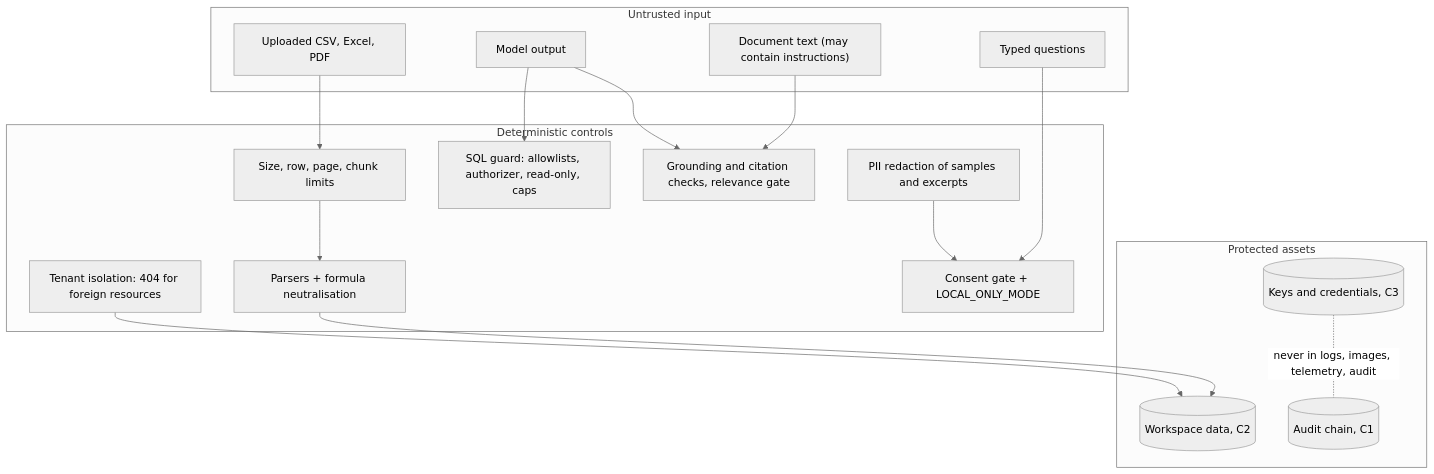
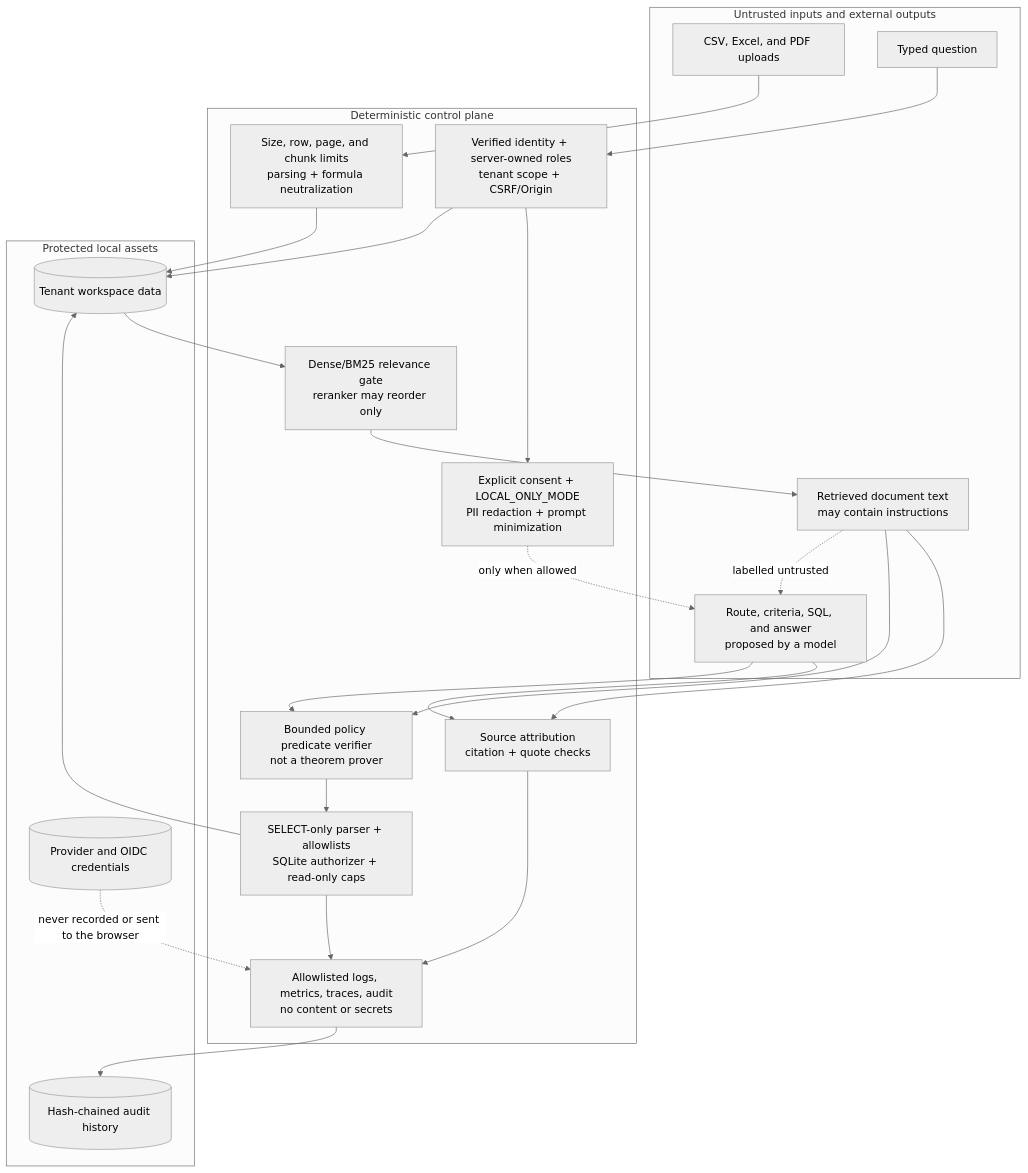
One commit to mehaksharma1996/conversational-multi-agent-bi changed the third of 3 diagrams in docs/architecture/system-overview.md. Above: the diagram before and after it, drawn with Mermaid (neutral theme). The commit also changed other lines of this file and 5 other files, not shown here.

Commit message:
docs: sharpen portfolio evidence and architecture

````diff
--- a/docs/architecture/system-overview.md
+++ b/docs/architecture/system-overview.md
@@ -95,31 +149,41 @@
 ```mermaid
 flowchart TB
-  subgraph untrusted[Untrusted input]
-    files["Uploaded CSV, Excel, PDF"]
-    q["Typed questions"]
-    docs["Document text (may contain instructions)"]
-    out["Model output"]
+  subgraph untrusted[Untrusted inputs and external outputs]
+    files["CSV, Excel, and PDF uploads"]
+    question["Typed question"]
+    document["Retrieved document text<br/>may contain instructions"]
+    modelOutput["Route, criteria, SQL, and answer<br/>proposed by a model"]
   end
-  subgraph control[Deterministic controls]
-    lim["Size, row, page, chunk limits"]
-    parse["Parsers + formula neutralisation"]
-    guard["SQL guard: allowlists, authorizer, read-only, caps"]
-    ground["Grounding and citation checks, relevance gate"]
-    iso["Tenant isolation: 404 for foreign resources"]
-    consent["Consent gate + LOCAL_ONLY_MODE"]
-    redact["PII redaction of samples and excerpts"]
+
+  subgraph controls[Deterministic control plane]
+    ingest["Size, row, page, and chunk limits<br/>parsing + formula neutralization"]
+    identity["Verified identity + server-owned roles<br/>tenant scope + CSRF/Origin"]
+    consent["Explicit consent + LOCAL_ONLY_MODE<br/>PII redaction + prompt minimization"]
+    relevance["Dense/BM25 relevance gate<br/>reranker may reorder only"]
+    grounding["Source attribution<br/>citation + quote checks"]
+    predicate["Bounded policy predicate verifier<br/>not a theorem prover"]
+    query["SELECT-only parser + allowlists<br/>SQLite authorizer + read-only caps"]
+    privacy["Allowlisted logs, metrics, traces, audit<br/>no content or secrets"]
   end
-  subgraph assets[Protected assets]
-    data[("Workspace data, C2")]
-    secrets[("Keys and credentials, C3")]
-    chain[("Audit chain, C1")]
+
+  subgraph protected[Protected local assets]
+    workspace[("Tenant workspace data")]
+    credentials[("Provider and OIDC credentials")]
+    audit[("Hash-chained audit history")]
   end
-  files --> lim --> parse --> data
-  q --> consent
-  docs --> ground
-  out --> guard
-  out --> ground
-  iso --> data
-  redact --> consent
-  secrets -. "never in logs, images, telemetry, audit" .- chain
+
+  files --> ingest --> workspace
+  question --> identity --> consent
+  workspace --> relevance
+  relevance --> document
+  document --> grounding
+  document --> predicate
+  consent -. "only when allowed" .-> modelOutput
+  document -. "labelled untrusted" .-> modelOutput
+  modelOutput --> grounding
+  modelOutput --> predicate --> query --> workspace
+  identity --> workspace
+  query --> privacy --> audit
+  grounding --> privacy
+  credentials -. "never recorded or sent to the browser" .-> privacy
 ```
````
